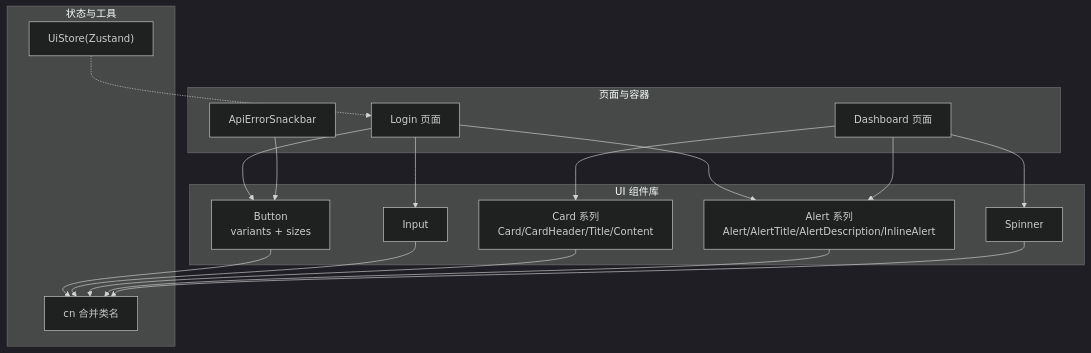
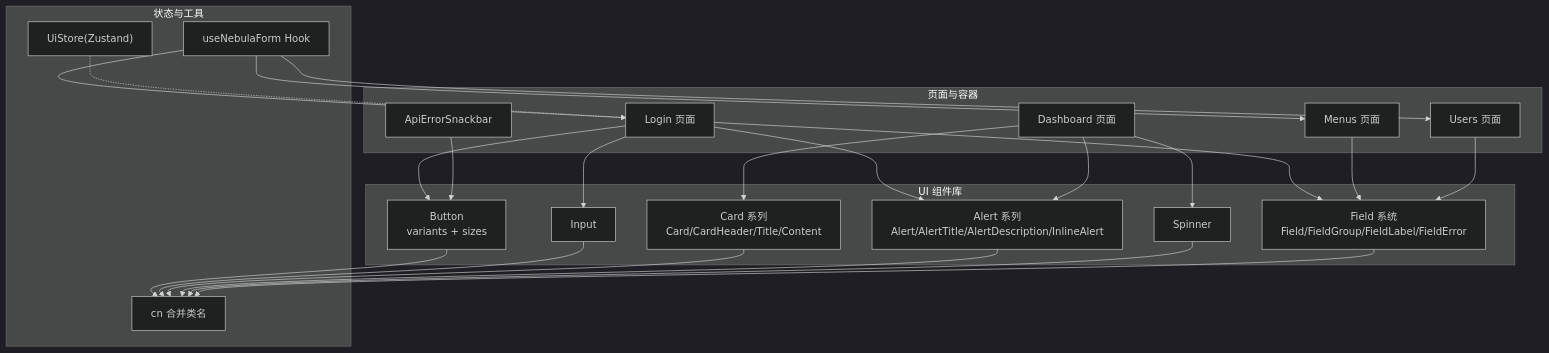
Before and after one commit to translateServers/nodes-stack: the first of 12 diagrams in .qoder/repowiki/zh/content/架构设计/前端架构/组件设计模式.md, drawn with Mermaid (dark theme). The commit also changed other lines of this file and 17 other files, not shown here.

````diff
--- a/.qoder/repowiki/zh/content/架构设计/前端架构/组件设计模式.md
+++ b/.qoder/repowiki/zh/content/架构设计/前端架构/组件设计模式.md
@@ -53,32 +68,43 @@
 ```mermaid
 graph TB
 subgraph "UI 组件库"
 BTN["Button<br/>variants + sizes"]
 INP["Input"]
 CARD["Card 系列<br/>Card/CardHeader/Title/Content"]
 ALERT["Alert 系列<br/>Alert/AlertTitle/AlertDescription/InlineAlert"]
 SPIN["Spinner"]
+FIELD["Field 系统<br/>Field/FieldGroup/FieldLabel/FieldError"]
 end
 subgraph "页面与容器"
 LOGIN["Login 页面"]
+MENUS["Menus 页面"]
+USERS["Users 页面"]
 DASH["Dashboard 页面"]
 ERR["ApiErrorSnackbar"]
 end
 subgraph "状态与工具"
 STORE["UiStore(Zustand)"]
 UTIL["cn 合并类名"]
+HOOK["useNebulaForm Hook"]
 end
 LOGIN --> INP
 LOGIN --> BTN
 LOGIN --> ALERT
+LOGIN --> FIELD
+MENUS --> FIELD
+USERS --> FIELD
 DASH --> CARD
 DASH --> ALERT
 DASH --> SPIN
 ERR --> BTN
 BTN --> UTIL
 INP --> UTIL
 CARD --> UTIL
 ALERT --> UTIL
 SPIN --> UTIL
+FIELD --> UTIL
+HOOK --> LOGIN
+HOOK --> MENUS
+HOOK --> USERS
 STORE -.-> LOGIN
 ```
````
